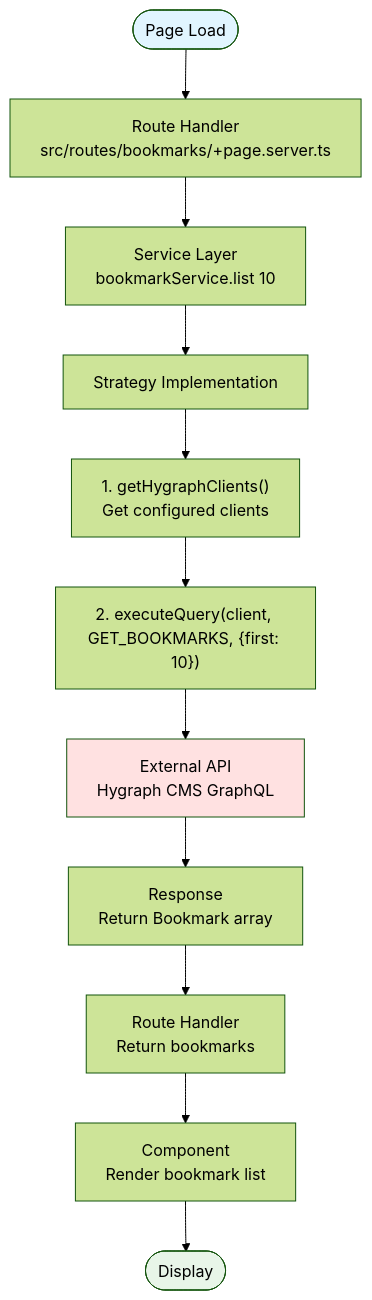
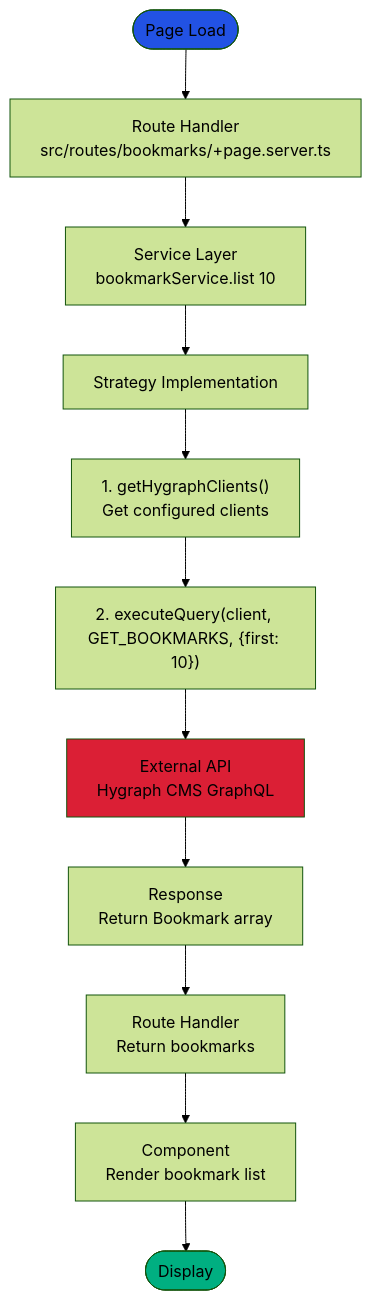
The third of 9 diagrams in ARCHITECTURE_DIAGRAMS.md (ikbenbas/mijnnaamisbas), drawn with Mermaid (forest theme) before and after one commit. The commit also changed other lines of this file, not shown here.

````diff
--- a/ARCHITECTURE_DIAGRAMS.md
+++ b/ARCHITECTURE_DIAGRAMS.md
@@ -93,17 +93,17 @@
 ```mermaid
 flowchart TD
     Start([Page Load]) --> RouteHandler1[Route Handler<br/>src/routes/bookmarks/+page.server.ts]
     RouteHandler1 --> ServiceCall[Service Layer<br/>bookmarkService.list 10]
     ServiceCall --> Strategy[Strategy Implementation]
     Strategy --> Step1["1. getHygraphClients()<br/>Get configured clients"]
     Step1 --> Step2["2. executeQuery(client, GET_BOOKMARKS, {first: 10})"]
     Step2 --> API[External API<br/>Hygraph CMS GraphQL]
     API --> Response[Response<br/>Return Bookmark array]
     Response --> RouteHandler2[Route Handler<br/>Return bookmarks]
     RouteHandler2 --> Component[Component<br/>Render bookmark list]
     Component --> End([Display])
 
-    style Start fill:#e1f5ff
-    style API fill:#ffe1e1
-    style End fill:#e8f5e8
+    style Start fill:#2252e4
+    style API fill:#db1f35
+    style End fill:#00af81
 ```
````
